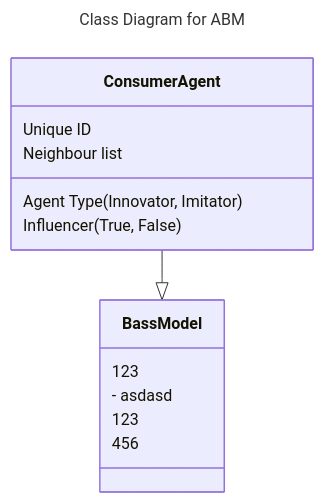
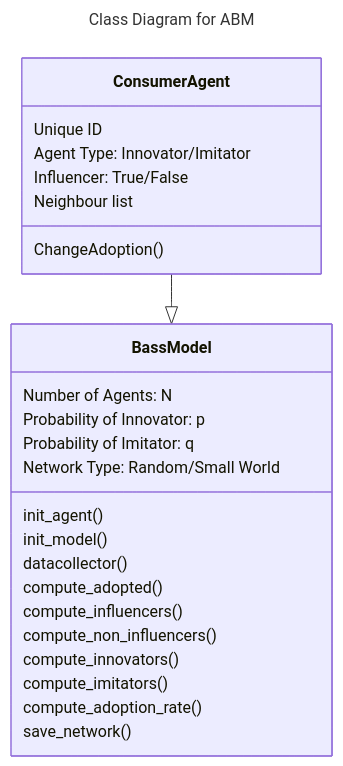
Before and after one commit to QianZeHao123/MDS-Research-Project: the diagram in ABM version 0.4/README.md, drawn with Mermaid. The commit also changed other lines of this file, not shown here.

````diff
--- a/ABM version 0.4/README.md
+++ b/ABM version 0.4/README.md
@@ -6,21 +6,34 @@
 ```mermaid
 ---
 title: Class Diagram for ABM
 ---
 classDiagram
+
     class ConsumerAgent{
         Unique ID
-        Agent Type (Innovator, Imitator)
-        Influencer (True, False)
+        Agent Type: Innovator/Imitator
+        Influencer: True/False
         Neighbour list
+        ChangeAdoption()
+    }
 
+    ConsumerAgent --|> BassModel
+
+    class BassModel{
+        Number of Agents: N
+        Probability of Innovator: p
+        Probability of Imitator: q
+        Network Type: Random/Small World
+        init_agent()
+        init_model()
+        datacollector()
+        compute_adopted()
+        compute_influencers()
+        compute_non_influencers()
+        compute_innovators()
+        compute_imitators()
+        compute_adoption_rate()
+        save_network()
     }
-    ConsumerAgent --|> BassModel
-    class BassModel{
-        123
-        - asdasd
-    }
-        BassModel: 123
-        BassModel: 456
 
 ```
````
